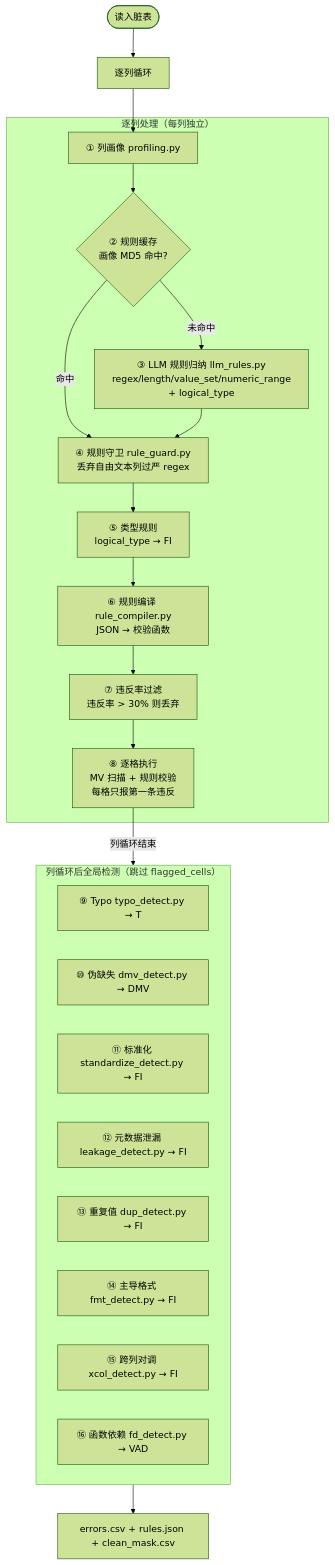
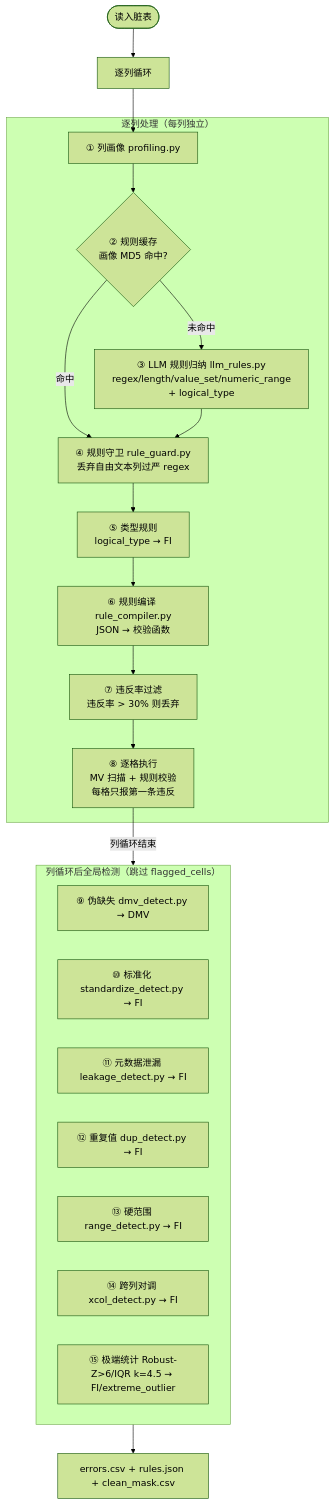
One commit to 1993371829/error_detect changed the third of 5 diagrams in PIPELINE.md. Above: the diagram before and after it, drawn with Mermaid (forest theme). The commit also changed other lines of this file and 36 other files, not shown here.

````diff
--- a/PIPELINE.md
+++ b/PIPELINE.md
@@ -162,35 +171,34 @@
 ```mermaid
 flowchart TD
     START(["读入脏表"]) --> COL_LOOP["逐列循环"]
 
     subgraph PER_COL["逐列处理（每列独立）"]
         PROF["① 列画像 profiling.py"]
         CACHE{"② 规则缓存<br/>画像 MD5 命中?"}
         LLM["③ LLM 规则归纳 llm_rules.py<br/>regex/length/value_set/numeric_range<br/>+ logical_type"]
         GUARD["④ 规则守卫 rule_guard.py<br/>丢弃自由文本列过严 regex"]
         TYPE["⑤ 类型规则<br/>logical_type → FI"]
         COMPILE["⑥ 规则编译 rule_compiler.py<br/>JSON → 校验函数"]
         FILTER["⑦ 违反率过滤<br/>违反率 > 30% 则丢弃"]
         CELL["⑧ 逐格执行<br/>MV 扫描 + 规则校验<br/>每格只报第一条违反"]
     end
 
     COL_LOOP --> PROF --> CACHE
     CACHE -->|命中| GUARD
     CACHE -->|未命中| LLM --> GUARD
     GUARD --> TYPE --> COMPILE --> FILTER --> CELL
 
     CELL -->|列循环结束| GLOBAL
 
     subgraph GLOBAL["列循环后全局检测（跳过 flagged_cells）"]
-        T["⑨ Typo typo_detect.py → T"]
-        DMV["⑩ 伪缺失 dmv_detect.py → DMV"]
-        STD["⑪ 标准化 standardize_detect.py → FI"]
-        LEAK["⑫ 元数据泄漏 leakage_detect.py → FI"]
-        DUP["⑬ 重复值 dup_detect.py → FI"]
-        FMT["⑭ 主导格式 fmt_detect.py → FI"]
-        XCOL["⑮ 跨列对调 xcol_detect.py → FI"]
-        FD["⑯ 函数依赖 fd_detect.py → VAD"]
+        DMV["⑨ 伪缺失 dmv_detect.py → DMV"]
+        STD["⑩ 标准化 standardize_detect.py → FI"]
+        LEAK["⑪ 元数据泄漏 leakage_detect.py → FI"]
+        DUP["⑫ 重复值 dup_detect.py → FI"]
+        RANGE["⑬ 硬范围 range_detect.py → FI"]
+        XCOL["⑭ 跨列对调 xcol_detect.py → FI"]
+        STAT["⑮ 极端统计 Robust-Z>6/IQR k=4.5 → FI/extreme_outlier"]
     end
 
     GLOBAL --> OUT["errors.csv + rules.json + clean_mask.csv"]
 ```
````
